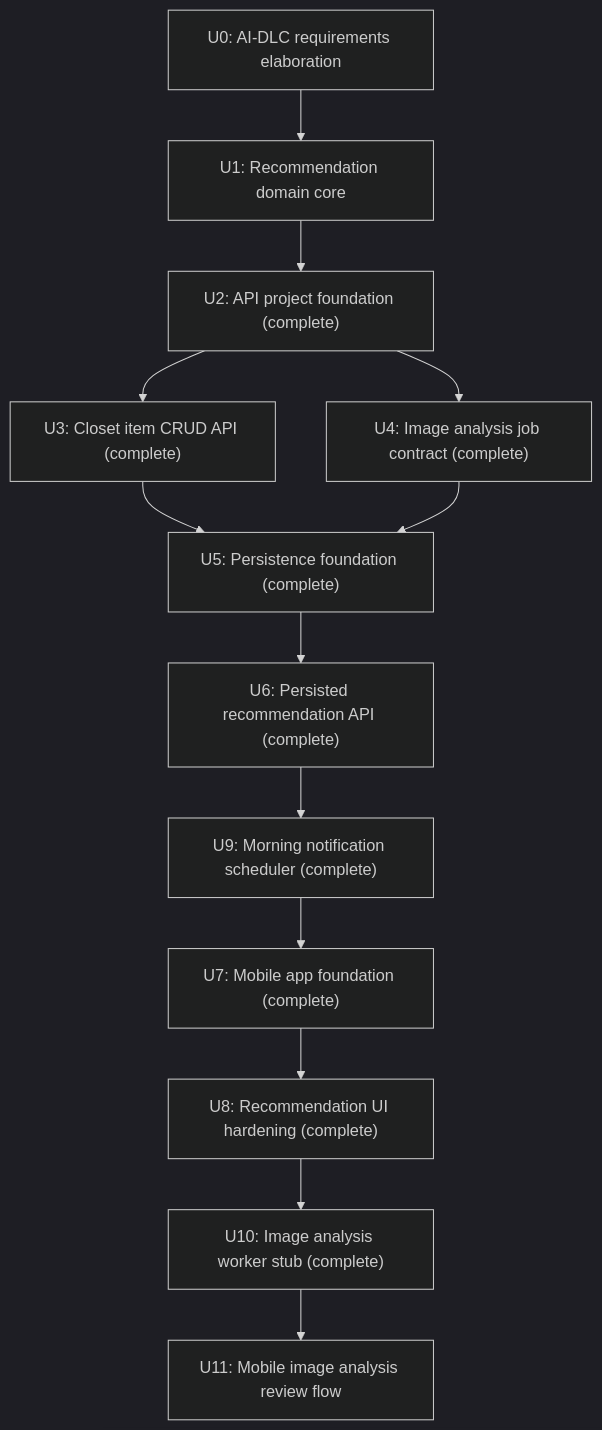
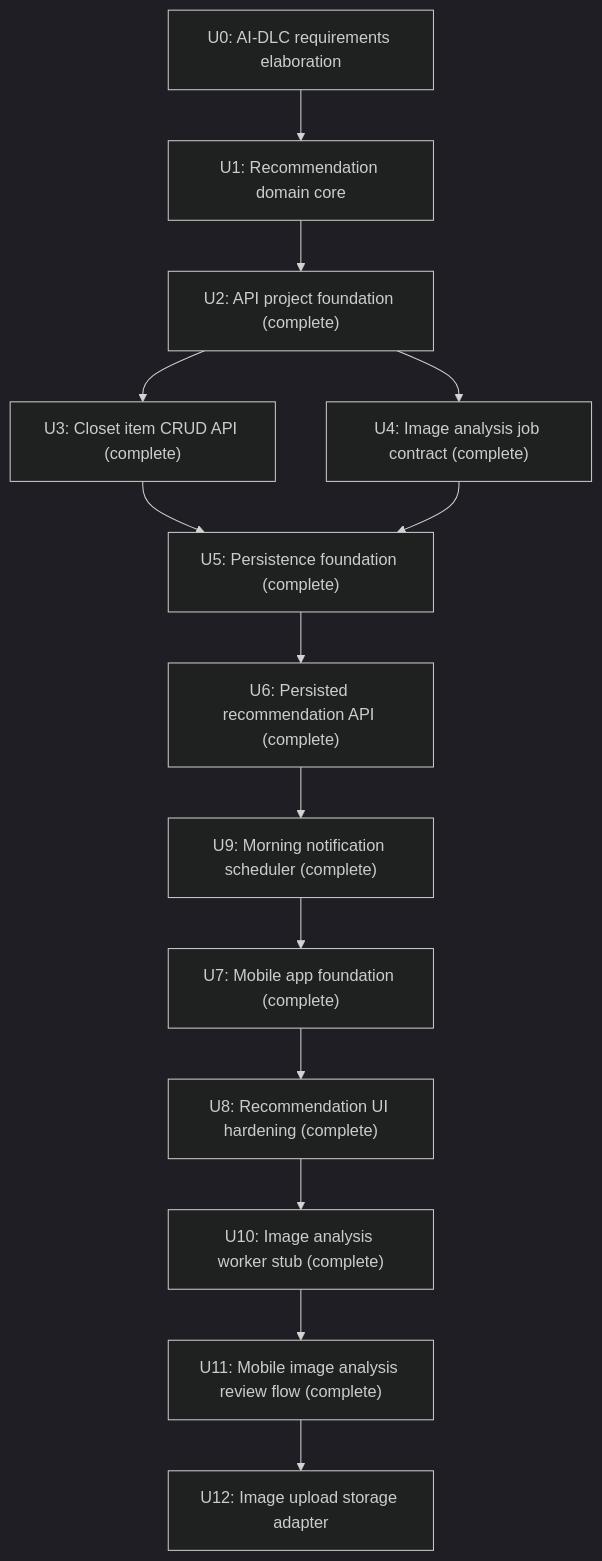
Before and after one commit to idealization/Fitlog: the diagram in requirements/ai_dlc/00_intent.md, drawn with Mermaid (dark theme). The commit also changed other lines of this file and 6 other files, not shown here.

Commit message:
Add mobile image analysis review flow

````diff
--- a/requirements/ai_dlc/00_intent.md
+++ b/requirements/ai_dlc/00_intent.md
@@ -30,15 +30,16 @@
 ```mermaid
 flowchart TD
     U0["U0: AI-DLC requirements elaboration"] --> U1["U1: Recommendation domain core"]
     U1 --> U2["U2: API project foundation (complete)"]
     U2 --> U3["U3: Closet item CRUD API (complete)"]
     U2 --> U4["U4: Image analysis job contract (complete)"]
     U3 --> U5["U5: Persistence foundation (complete)"]
     U4 --> U5
     U5 --> U6["U6: Persisted recommendation API (complete)"]
     U6 --> U9["U9: Morning notification scheduler (complete)"]
     U9 --> U7["U7: Mobile app foundation (complete)"]
     U7 --> U8["U8: Recommendation UI hardening (complete)"]
     U8 --> U10["U10: Image analysis worker stub (complete)"]
-    U10 --> U11["U11: Mobile image analysis review flow"]
+    U10 --> U11["U11: Mobile image analysis review flow (complete)"]
+    U11 --> U12["U12: Image upload storage adapter"]
 ```
````
